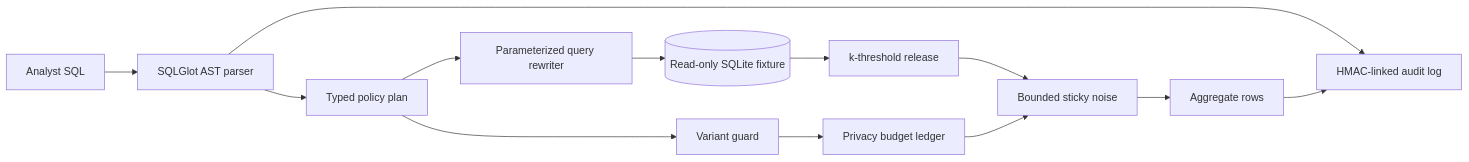
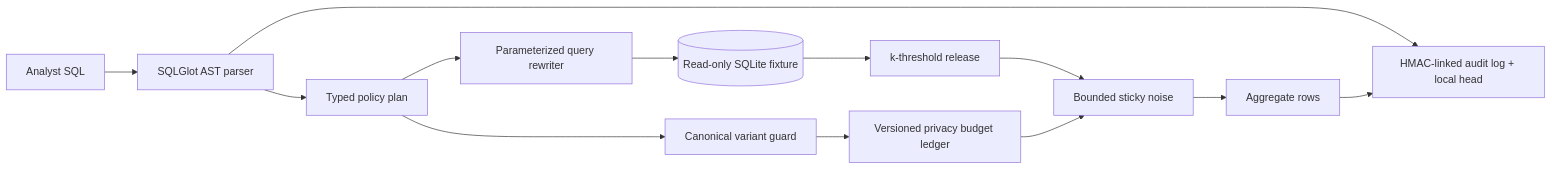
The diagram in README.md (Vincent-P-essy/secure-data-clean-room), drawn with Mermaid before and after one commit. The commit also changed other lines of this file and 36 other files, not shown here.

First line of the commit message:
Harden clean-room privacy and audit integrity

````diff
--- a/README.md
+++ b/README.md
@@ -39,15 +42,15 @@
 ```mermaid
 flowchart LR
     U[Analyst SQL] --> A[SQLGlot AST parser]
     A --> P[Typed policy plan]
     P --> R[Parameterized query rewriter]
     R --> D[(Read-only SQLite fixture)]
     D --> K[k-threshold release]
     K --> N[Bounded sticky noise]
     N --> O[Aggregate rows]
-    P --> V[Variant guard]
-    V --> B[Privacy budget ledger]
+    P --> V[Canonical variant guard]
+    V --> B[Versioned privacy budget ledger]
     B --> N
-    A --> L[HMAC-linked audit log]
+    A --> L[HMAC-linked audit log + local head]
     O --> L
 ```
````
